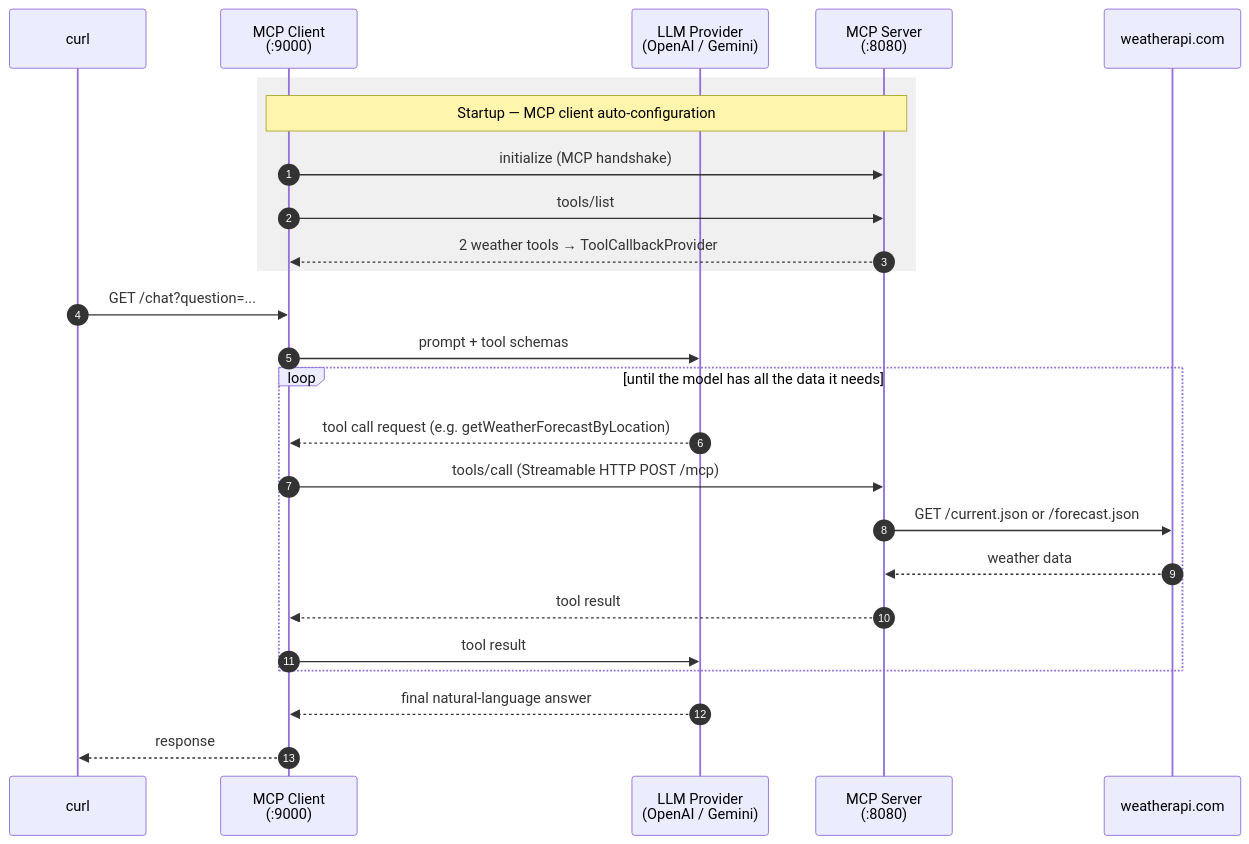
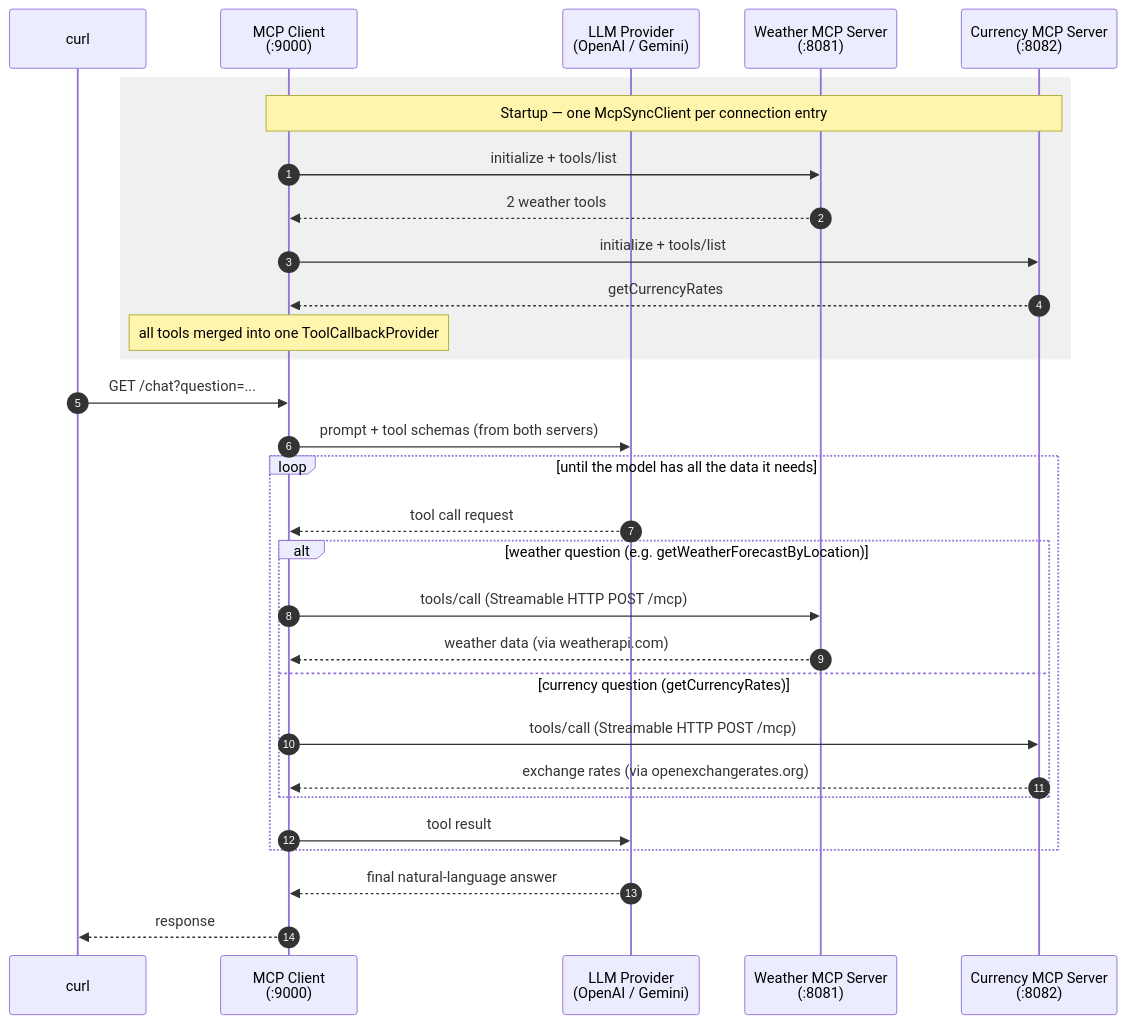
The first of 2 diagrams in mcp/mcp-client/webmvc/README.md (dilipsundarraj1/spring-ai), drawn with Mermaid before and after one commit. The commit also changed other lines of this file and 17 other files, not shown here.

Commit message:
add MCP Currency Converter Server with Streamable HTTP support; configure application properties, implement CurrencyTools, and enhance README

````diff
--- a/mcp/mcp-client/webmvc/README.md
+++ b/mcp/mcp-client/webmvc/README.md
@@ -71,31 +74,36 @@
 ```mermaid
 sequenceDiagram
     autonumber
     participant U as curl
     participant C as MCP Client<br/>(:9000)
     participant L as LLM Provider<br/>(OpenAI / Gemini)
-    participant S as MCP Server<br/>(:8080)
-    participant W as weatherapi.com
+    participant S as Weather MCP Server<br/>(:8081)
+    participant X as Currency MCP Server<br/>(:8082)
 
     rect rgb(240, 240, 240)
-        Note over C,S: Startup — MCP client auto-configuration
-        C->>S: initialize (MCP handshake)
-        C->>S: tools/list
-        S-->>C: 2 weather tools → ToolCallbackProvider
+        Note over C,X: Startup — one McpSyncClient per connection entry
+        C->>S: initialize + tools/list
+        S-->>C: 2 weather tools
+        C->>X: initialize + tools/list
+        X-->>C: getCurrencyRates
+        Note over C: all tools merged into one ToolCallbackProvider
     end
 
     U->>C: GET /chat?question=...
-    C->>L: prompt + tool schemas
+    C->>L: prompt + tool schemas (from both servers)
 
     loop until the model has all the data it needs
-        L-->>C: tool call request (e.g. getWeatherForecastByLocation)
-        C->>S: tools/call (Streamable HTTP POST /mcp)
-        S->>W: GET /current.json or /forecast.json
-        W-->>S: weather data
-        S-->>C: tool result
+        L-->>C: tool call request
+        alt weather question (e.g. getWeatherForecastByLocation)
+            C->>S: tools/call (Streamable HTTP POST /mcp)
+            S-->>C: weather data (via weatherapi.com)
+        else currency question (getCurrencyRates)
+            C->>X: tools/call (Streamable HTTP POST /mcp)
+            X-->>C: exchange rates (via openexchangerates.org)
+        end
         C->>L: tool result
     end
 
     L-->>C: final natural-language answer
     C-->>U: response
 ```
````
